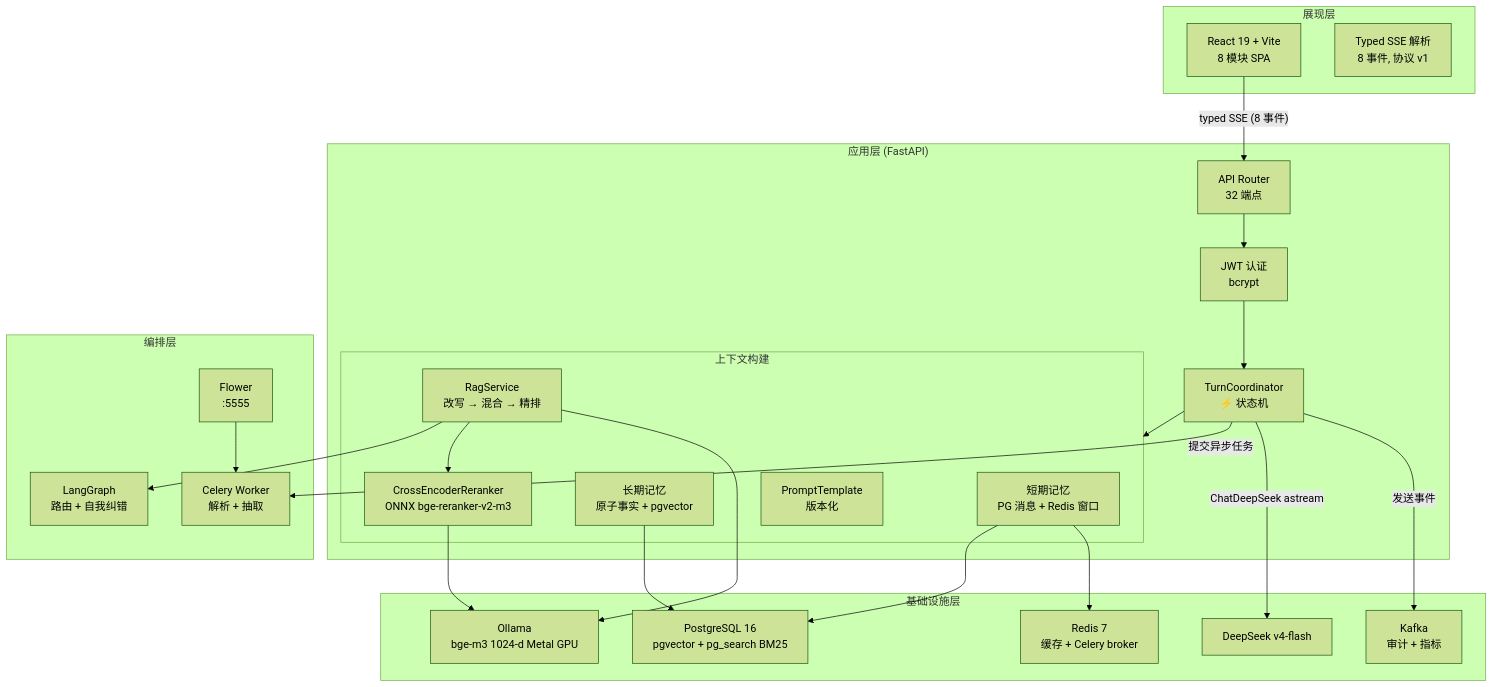
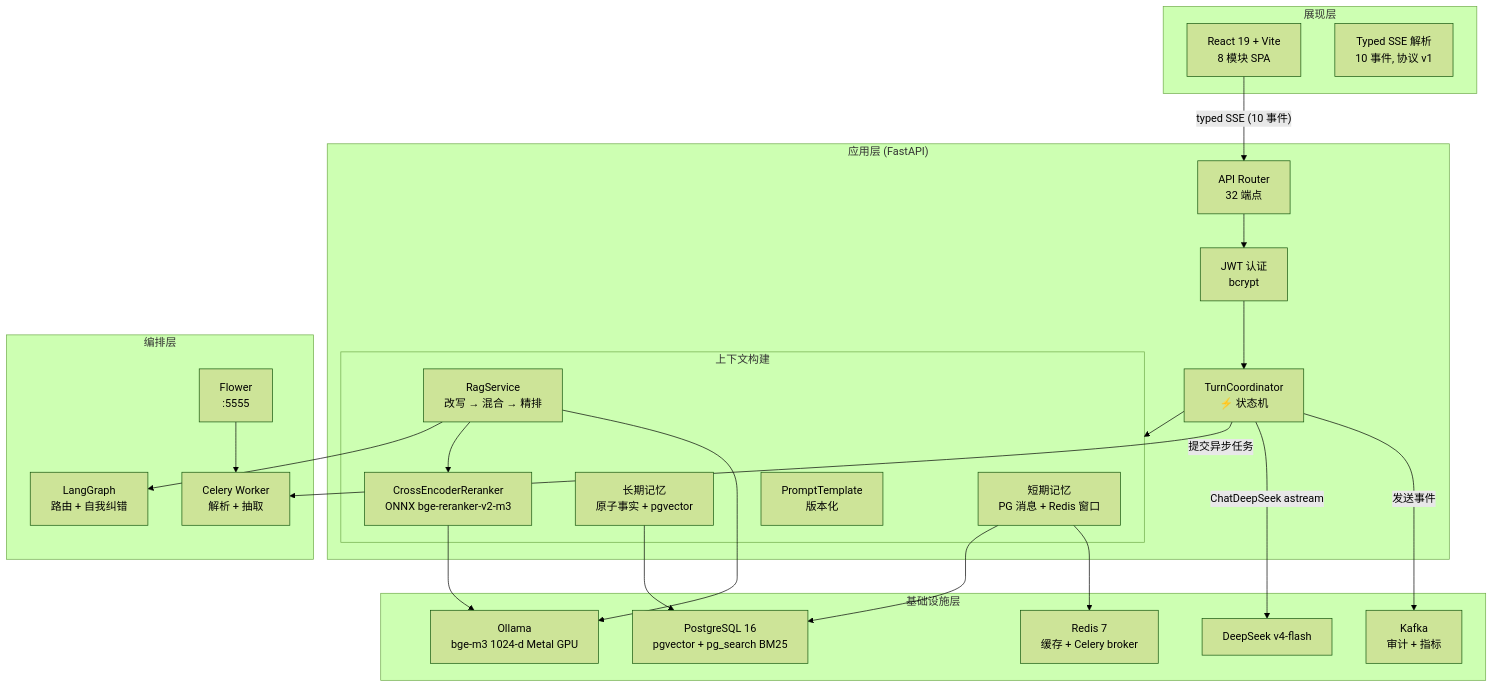
One commit to KevinDeng-0411/CodeAware changed the first of 4 diagrams in README.zh-CN.md. Above: the diagram before and after it, drawn with Mermaid (forest theme). The commit also changed other lines of this file and 5 other files, not shown here.

````diff
--- a/README.zh-CN.md
+++ b/README.zh-CN.md
@@ -123,51 +123,51 @@
 ```mermaid
 graph TB
     subgraph Presentation["展现层"]
         React["React 19 + Vite<br/>8 模块 SPA"]
-        SSE["Typed SSE 解析<br/>8 事件, 协议 v1"]
+        SSE["Typed SSE 解析<br/>10 事件, 协议 v1"]
     end
 
     subgraph Application["应用层 (FastAPI)"]
         Router["API Router<br/>32 端点"]
         Auth["JWT 认证<br/>bcrypt"]
         TC["TurnCoordinator<br/>⚡ 状态机"]
 
         subgraph Context["上下文构建"]
             STM["短期记忆<br/>PG 消息 + Redis 窗口"]
             LTM["长期记忆<br/>原子事实 + pgvector"]
             RAG["RagService<br/>改写 → 混合 → 精排"]
             RR["CrossEncoderReranker<br/>ONNX bge-reranker-v2-m3"]
             PT["PromptTemplate<br/>版本化"]
         end
     end
 
     subgraph Orchestration["编排层"]
         LG["LangGraph<br/>路由 + 自我纠错"]
         Celery["Celery Worker<br/>解析 + 抽取"]
         Flower["Flower<br/>:5555"]
     end
 
     subgraph Infrastructure["基础设施层"]
         PG["PostgreSQL 16<br/>pgvector + pg_search BM25"]
         Redis["Redis 7<br/>缓存 + Celery broker"]
         Kafka["Kafka<br/>审计 + 指标"]
         Ollama["Ollama<br/>bge-m3 1024-d Metal GPU"]
         DS["DeepSeek v4-flash"]
     end
 
-    React -->|"typed SSE (8 事件)"| Router
+    React -->|"typed SSE (10 事件)"| Router
     Router --> Auth
     Auth --> TC
     TC --> Context
     RAG --> LG
     RAG --> RR
     TC -->|"提交异步任务"| Celery
     Flower --> Celery
     STM --> PG
     STM --> Redis
     LTM --> PG
     RR --> Ollama
     RAG --> Ollama
     TC -->|"ChatDeepSeek astream"| DS
     TC -->|"发送事件"| Kafka
 ```
````
